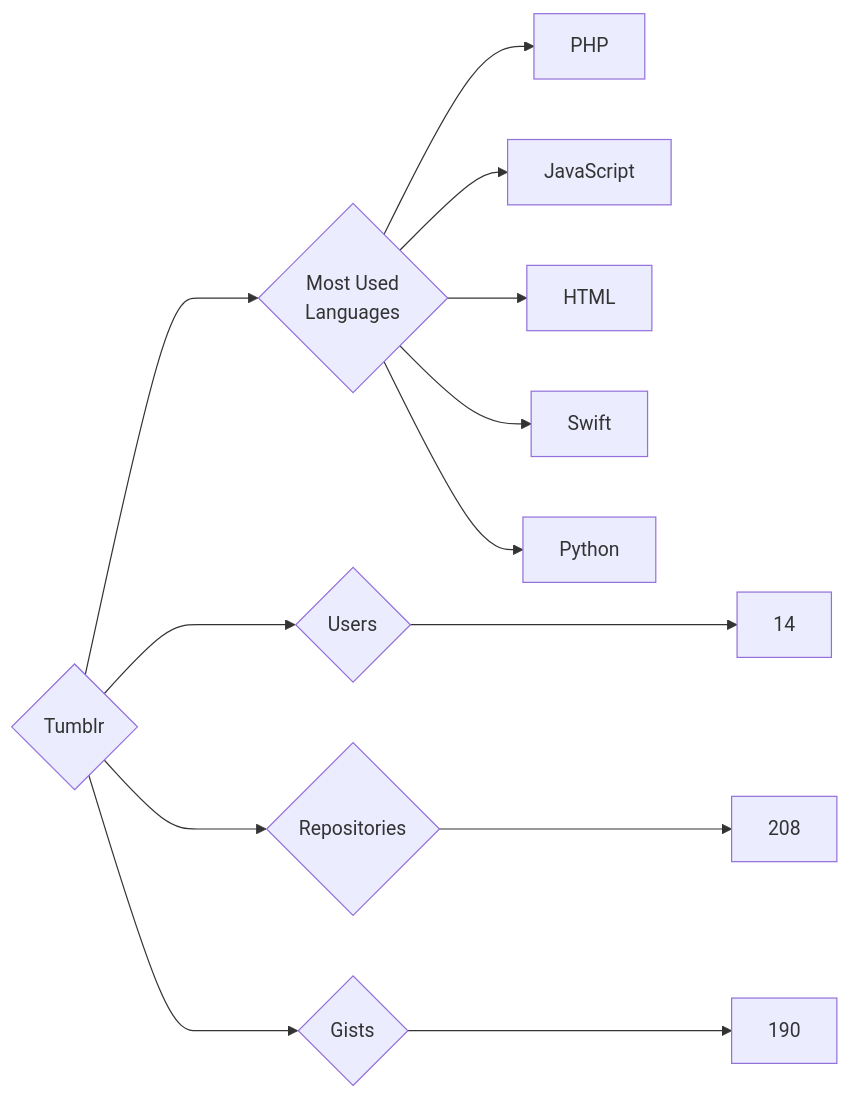
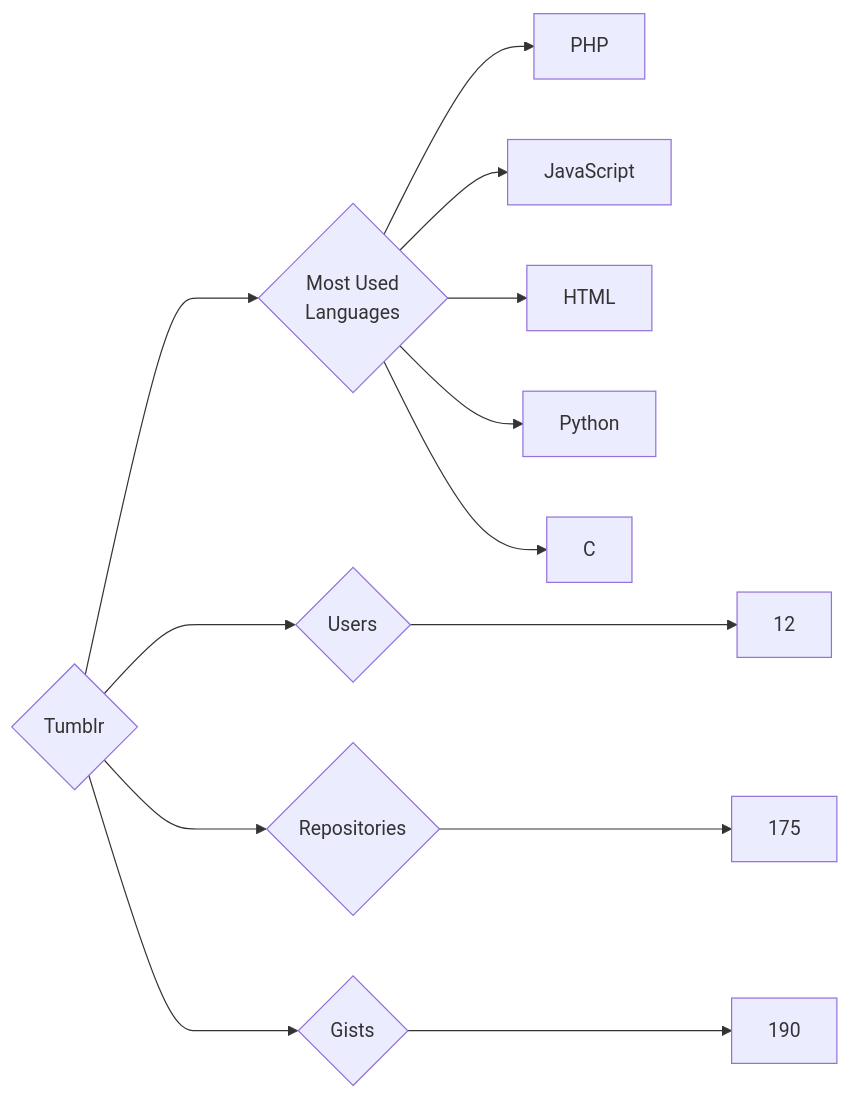
The diagram in targets/Tumblr/README.md (trickest/insiders), drawn with Mermaid before and after one commit. The commit also changed 1248 other files, not shown here.

````diff
--- a/targets/Tumblr/README.md
+++ b/targets/Tumblr/README.md
@@ -3,13 +3,13 @@
 ```mermaid
 graph LR
 COMPANY_NAME{Tumblr}
-COMPANY_NAME ---> U{Users} ---> UN[14]
-COMPANY_NAME ---> R{Repositories} ---> RN[208]
+COMPANY_NAME ---> U{Users} ---> UN[12]
+COMPANY_NAME ---> R{Repositories} ---> RN[175]
 COMPANY_NAME ---> G{Gists} ---> GN[190]
 COMPANY_NAME ---> ML{Most Used<br>Languages}
 ML --> PHP[PHP]
 ML --> JavaScript[JavaScript]
 ML --> HTML[HTML]
-ML --> Swift[Swift]
 ML --> Python[Python]
+ML --> C[C]
 ```
````
